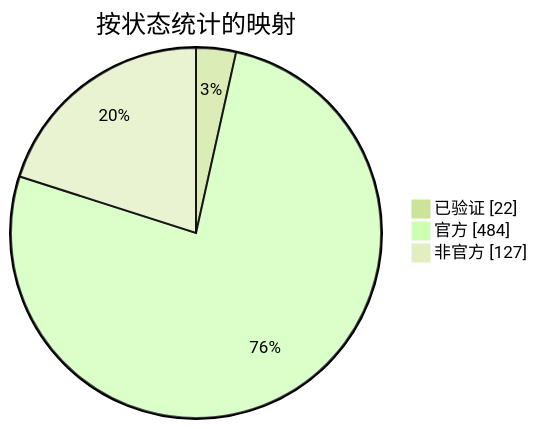
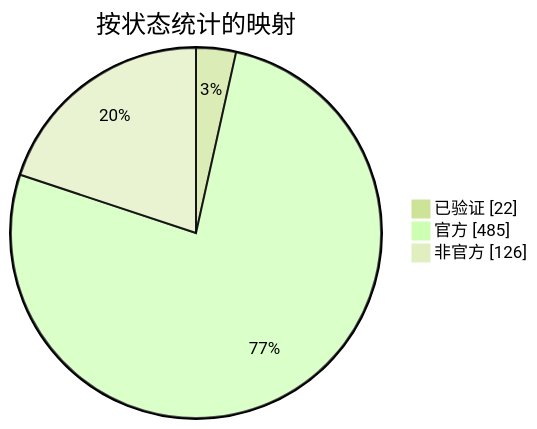
One commit to nobrega8/mbmap-library changed the diagram in docs/readme/README_ZHS.md. Above: the diagram before and after it, drawn with Mermaid (forest theme). The commit also changed 6 other files, not shown here.

````diff
--- a/docs/readme/README_ZHS.md
+++ b/docs/readme/README_ZHS.md
@@ -54,7 +54,7 @@
 ```mermaid
 pie showData
     title 按状态统计的映射
     "已验证" : 22
-    "官方" : 484
-    "非官方" : 127
+    "官方" : 485
+    "非官方" : 126
 ```
````
